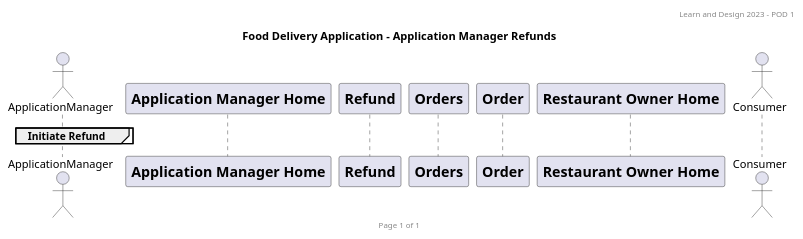
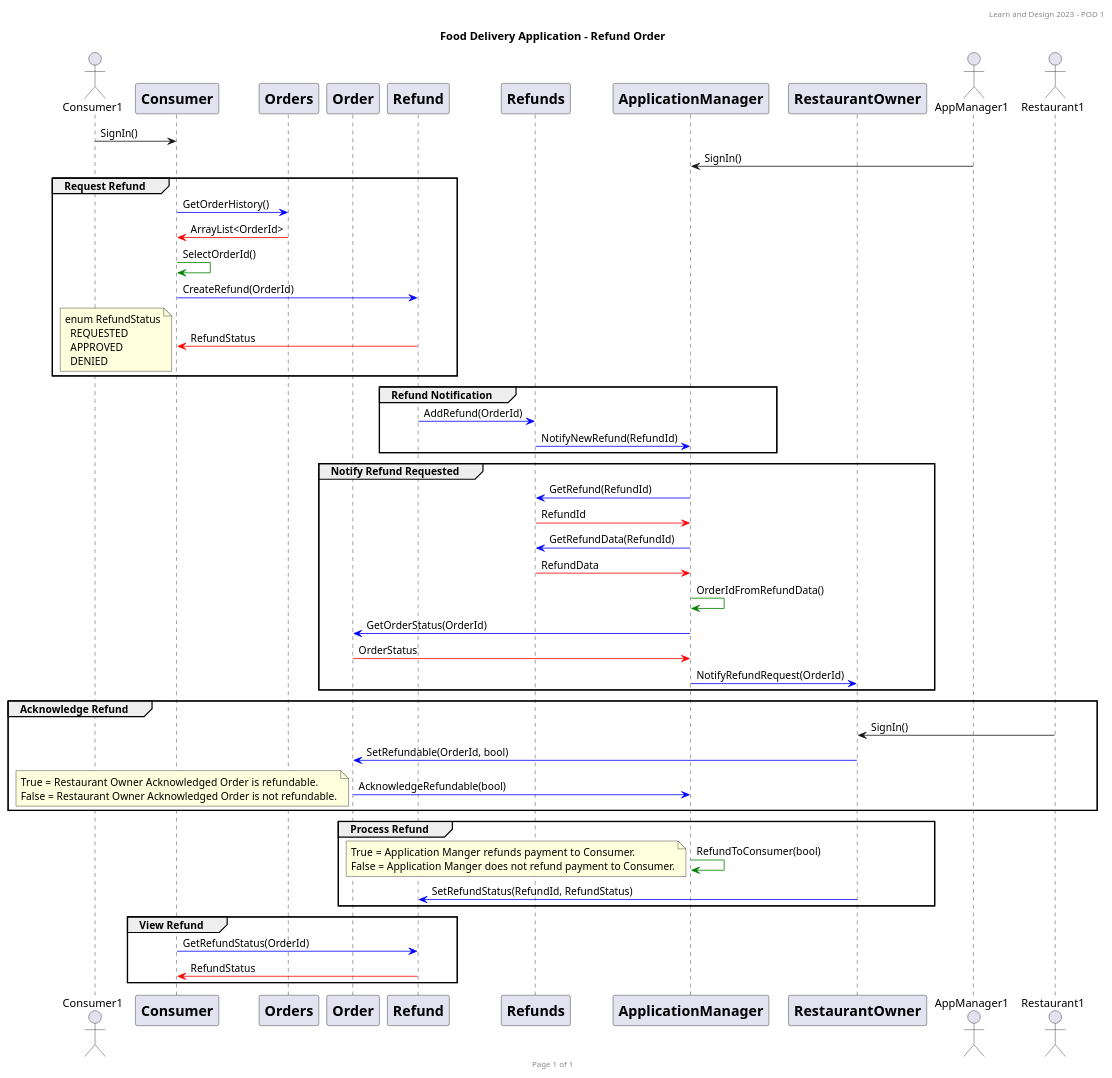
The diagram in SequenceDiagram/ApplicationManager-Refund-sequencey.puml (WestonDockstader/FoodDeliveryApp), drawn with PlantUML before and after one commit. The commit also changed 16 other files, not shown here.

```diff
--- a/SequenceDiagram/ApplicationManager-Refund-sequencey.puml
+++ b/SequenceDiagram/ApplicationManager-Refund-sequencey.puml
@@ -1,40 +1,92 @@
 @startuml
 header Learn and Design 2023 - POD 1
 footer Page %page% of %lastpage%
 
-title: Food Delivery Application - Application Manager Refunds
+title: Food Delivery Application - Refund Order
 
-actor ApplicationManager
+actor Consumer1
 
-participant ApplicationManagerHome [
-    = Application Manager Home
-]
-
-participant Refund [
-    = Refund
+participant Consumer [
+    = Consumer
 ]
 
 participant Orders [
     = Orders
 ]
 
 participant Order [
     = Order
 ]
 
-participant RestaurantOwner [
-    = Restaurant Owner Home
+participant Refund [
+    = Refund
 ]
 
-actor Consumer
+participant Refunds [
+    = Refunds
+]
 
-    group Initiate Refund
-    note left
-        Consumer has requested a refund
-    end note
+participant ApplicationManager [
+    = ApplicationManager
+]
+
+participant RestaurantOwner [
+    =  RestaurantOwner
+]
+
+actor AppManager1
+actor Restaurant1
 
 
-
+Consumer1 -> Consumer : SignIn()
+ApplicationManager <- AppManager1 : SignIn()
+    group Request Refund
+Consumer -[#blue]> Orders : GetOrderHistory()
+Consumer <[#red]- Orders : ArrayList<OrderId>
+Consumer -[#green]> Consumer : SelectOrderId()
+Consumer -[#blue]> Refund : CreateRefund(OrderId)
+Consumer <[#red]- Refund : RefundStatus
+        note left
+        enum RefundStatus
+          REQUESTED
+          APPROVED
+          DENIED
+        end note
+    end
+    group Refund Notification
+Refund -[#blue]> Refunds : AddRefund(OrderId)
+Refunds -[#blue]> ApplicationManager : NotifyNewRefund(RefundId)
+    end
+    group Notify Refund Requested
+Refunds <[#blue]- ApplicationManager : GetRefund(RefundId)
+Refunds -[#red]> ApplicationManager : RefundId
+Refunds <[#blue]- ApplicationManager : GetRefundData(RefundId)
+Refunds -[#red]> ApplicationManager : RefundData
+ApplicationManager -[#green]> ApplicationManager : OrderIdFromRefundData()
+Order <[#blue]- ApplicationManager : GetOrderStatus(OrderId)
+Order -[#red]> ApplicationManager : OrderStatus
+ApplicationManager -[#blue]> RestaurantOwner : NotifyRefundRequest(OrderId)
+    end
+    group Acknowledge Refund
+RestaurantOwner <- Restaurant1 : SignIn()
+Order <[#blue]- RestaurantOwner : SetRefundable(OrderId, bool)
+Order -[#blue]> ApplicationManager : AcknowledgeRefundable(bool)
+        note left
+          True  = Restaurant Owner Acknowledged Order is refundable.
+          False = Restaurant Owner Acknowledged Order is not refundable.
+        end note
+    end
+    group Process Refund
+ApplicationManager -[#green]> ApplicationManager : RefundToConsumer(bool)
+        note left
+          True  = Application Manger refunds payment to Consumer.
+          False = Application Manger does not refund payment to Consumer.
+        end note
+Refund <[#blue]- RestaurantOwner : SetRefundStatus(RefundId, RefundStatus)
+    end
+    group View Refund
+Consumer -[#blue]> Refund: GetRefundStatus(OrderId)
+Consumer <[#red]- Refund : RefundStatus
     end
 
 @enduml
```
